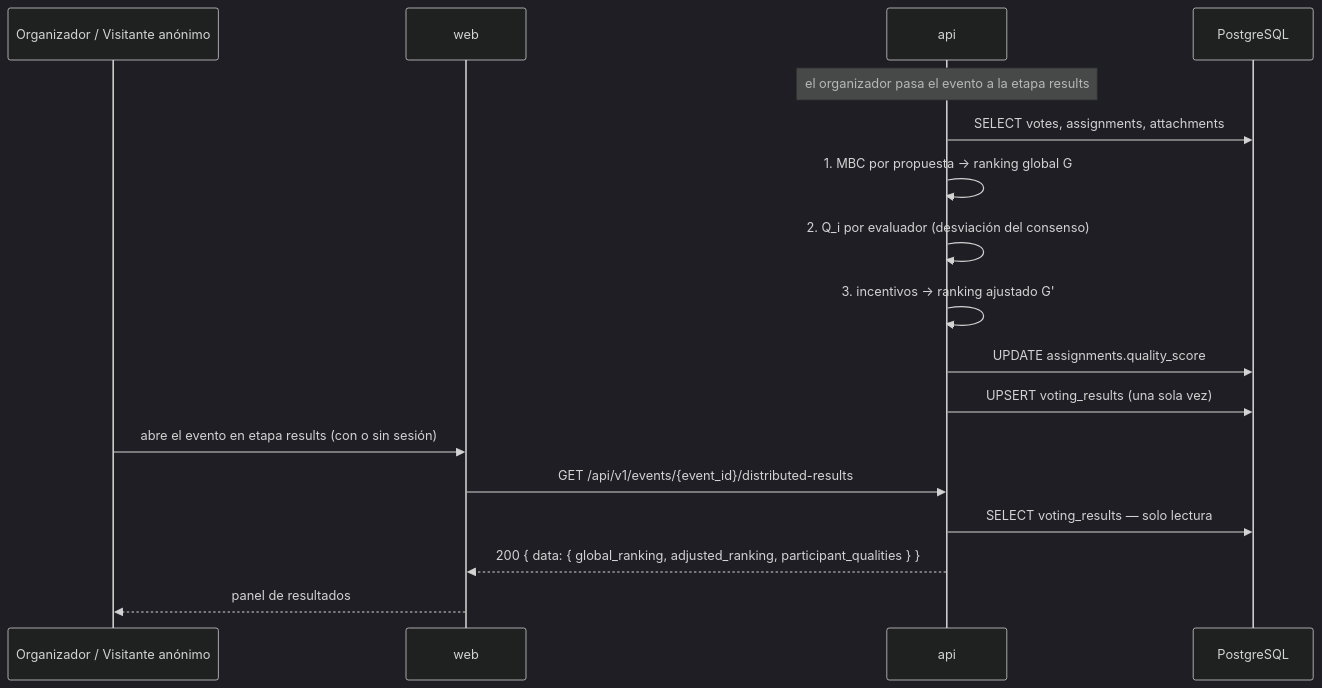
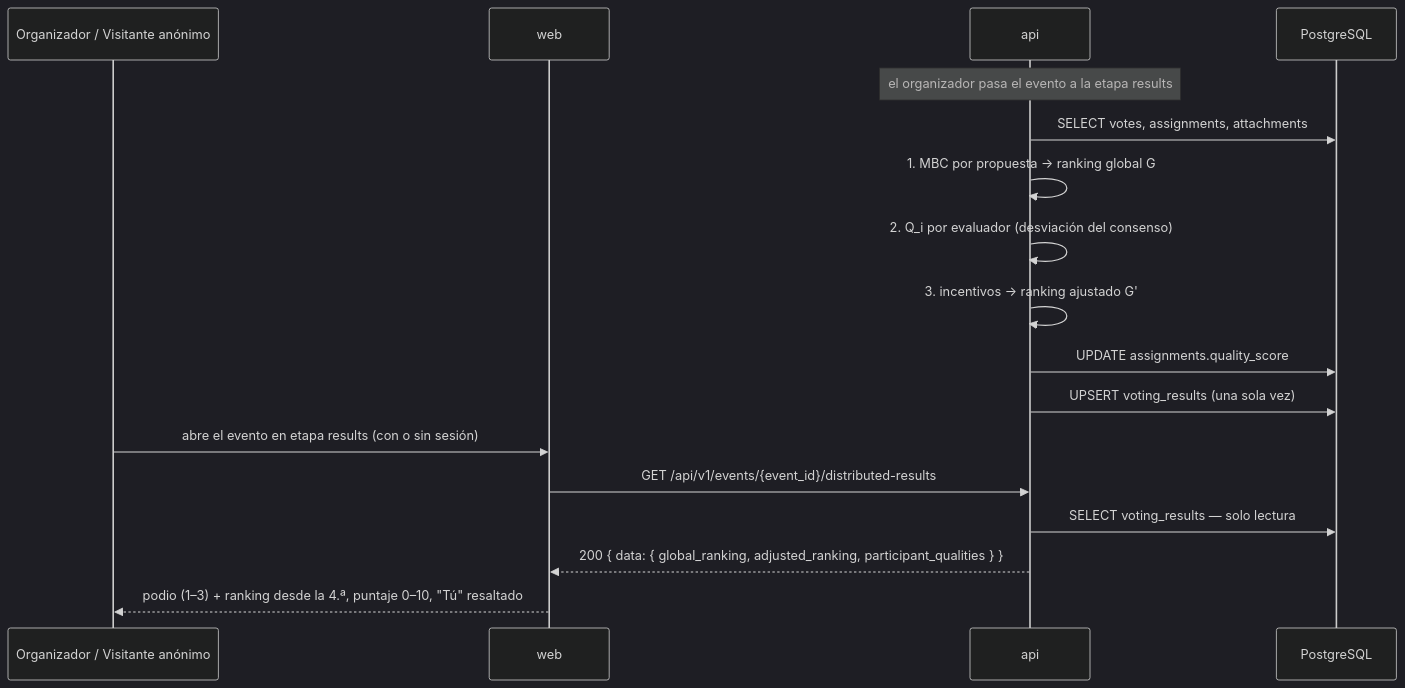
Before and after one commit to gravadigital/telescope: the diagram in docs/flows/calculo-y-publicacion-de-resultados.md, drawn with Mermaid (dark theme). The commit also changed other lines of this file and 62 other files, not shown here.

First line of the commit message:
feat(story-S-015/web): detalle del evento, propuesta, compartir y resultados

````diff
--- a/docs/flows/calculo-y-publicacion-de-resultados.md
+++ b/docs/flows/calculo-y-publicacion-de-resultados.md
@@ -49,21 +48,21 @@
 ```mermaid
 sequenceDiagram
     participant U as Organizador / Visitante anónimo
     participant WEB as web
     participant API as api
     participant DB as PostgreSQL
 
     Note over API: el organizador pasa el evento a la etapa results
     API->>DB: SELECT votes, assignments, attachments
     API->>API: 1. MBC por propuesta → ranking global G
     API->>API: 2. Q_i por evaluador (desviación del consenso)
     API->>API: 3. incentivos → ranking ajustado G'
     API->>DB: UPDATE assignments.quality_score
     API->>DB: UPSERT voting_results (una sola vez)
 
     U->>WEB: abre el evento en etapa results (con o sin sesión)
     WEB->>API: GET /api/v1/events/{event_id}/distributed-results
     API->>DB: SELECT voting_results — solo lectura
     API-->>WEB: 200 { data: { global_ranking, adjusted_ranking, participant_qualities } }
-    WEB-->>U: panel de resultados
+    WEB-->>U: podio (1–3) + ranking desde la 4.ª, puntaje 0–10, "Tú" resaltado
 ```
````
